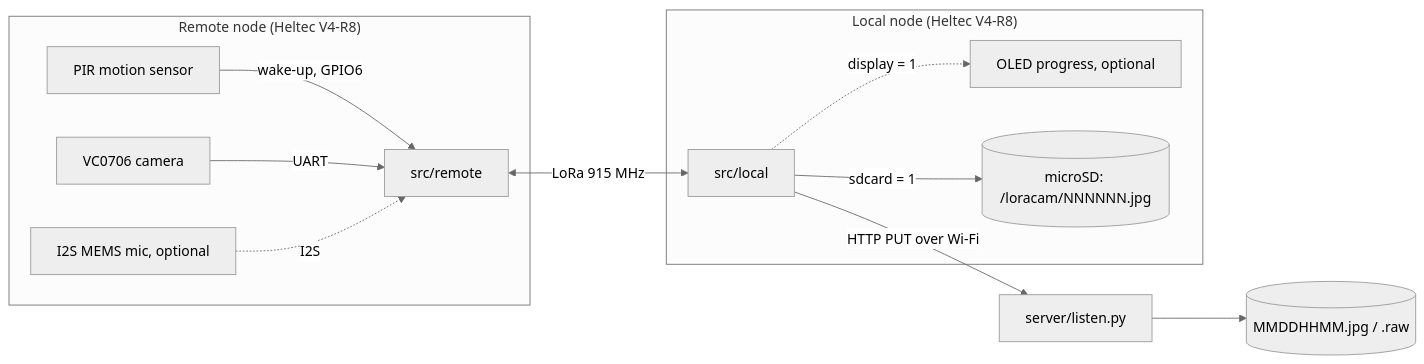
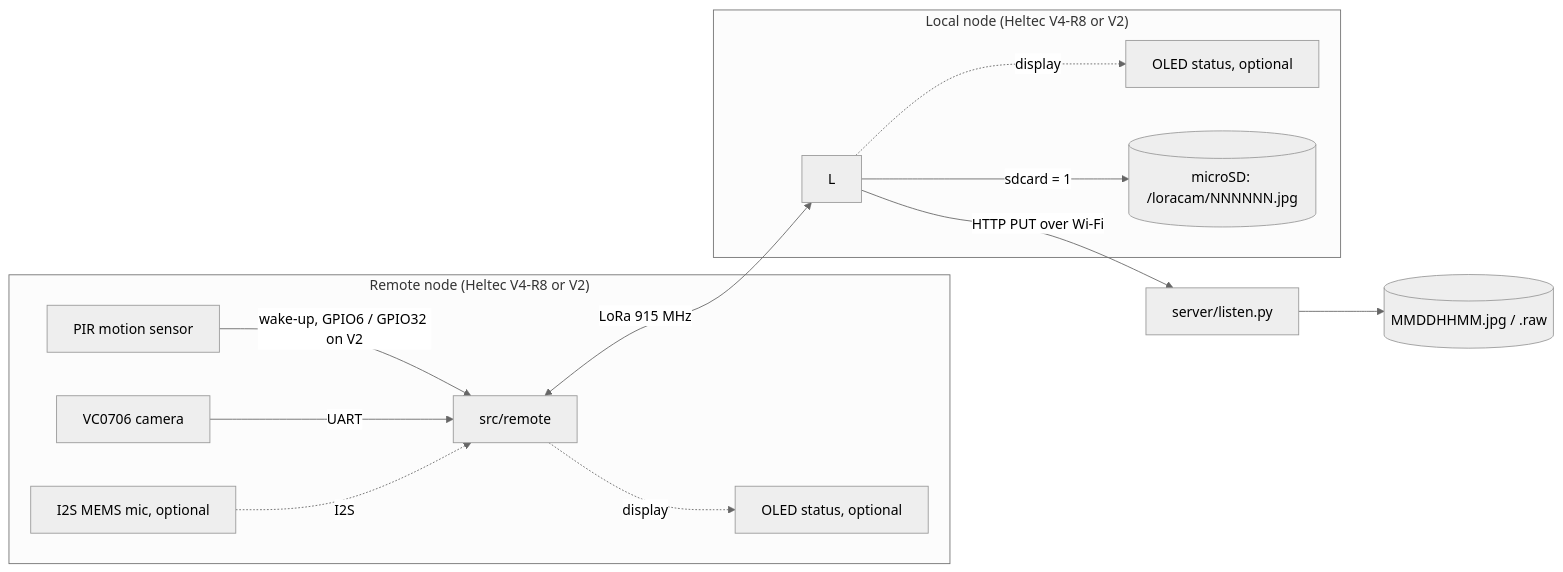
The diagram in docs/README.md (gfnord/loracamera), drawn with Mermaid (neutral theme) before and after one commit. The commit also changed other lines of this file and 19 other files, not shown here.

````diff
--- a/docs/README.md
+++ b/docs/README.md
@@ -5,15 +5,16 @@
 ```mermaid
 flowchart LR
-    subgraph Field["Remote node (Heltec V4-R8)"]
-        PIR[PIR motion sensor] -->|wake-up, GPIO6| R
+    subgraph Field["Remote node (Heltec V4-R8 or V2)"]
+        PIR[PIR motion sensor] -->|wake-up, GPIO6 / GPIO32 on V2| R
         CAM[VC0706 camera] -->|UART| R[src/remote]
         MIC[I2S MEMS mic, optional] -.->|I2S| R
+        R -.->|display| ROLED[OLED status, optional]
     end
-    subgraph Base["Local node (Heltec V4-R8)"]
-        L[src/local] -.->|display = 1| OLED[OLED progress, optional]
+    subgraph Base["Local node (Heltec V4-R8 or V2)"]
+        L -.->|display| OLED[OLED status, optional]
         L -->|sdcard = 1| SD[(microSD: /loracam/NNNNNN.jpg)]
     end
     R <-->|LoRa 915 MHz| L
     L -->|HTTP PUT over Wi-Fi| S[server/listen.py]
     S --> F[(MMDDHHMM.jpg / .raw)]
 ```
````
